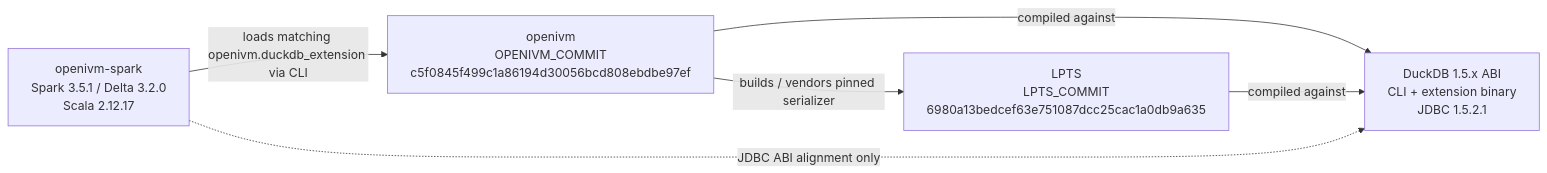
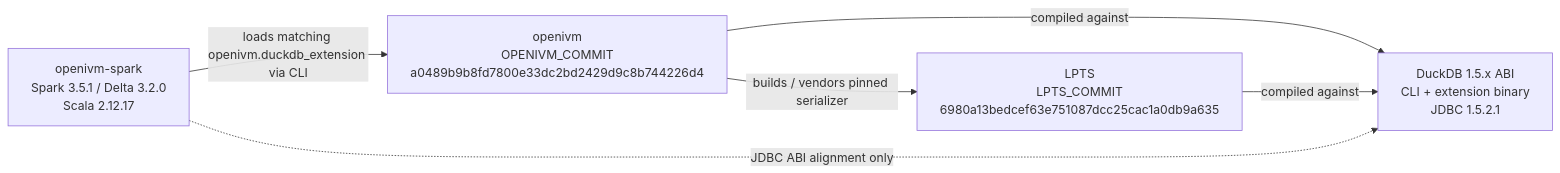
The fourth of 4 diagrams in docs/architecture/lpts/8-integration-with-openivm-and-spark.md (mdrakiburrahman/openivm-spark), drawn with Mermaid before and after one commit. The commit also changed other lines of this file and 1 other file, not shown here.

First line of the commit message:
build(openivm): pin projected window-key fix

````diff
--- a/docs/architecture/lpts/8-integration-with-openivm-and-spark.md
+++ b/docs/architecture/lpts/8-integration-with-openivm-and-spark.md
@@ -525,13 +525,13 @@
 ```mermaid
 flowchart LR
   OSS["openivm-spark\nSpark 3.5.1 / Delta 3.2.0\nScala 2.12.17"]
-  OIVM["openivm\nOPENIVM_COMMIT\nc5f0845f499c1a86194d30056bcd808ebdbe97ef"]
+  OIVM["openivm\nOPENIVM_COMMIT\na0489b9b8fd7800e33dc2bd2429d9c8b744226d4"]
   LPTS["LPTS\nLPTS_COMMIT\n6980a13bedcef63e751087dcc25cac1a0db9a635"]
   Duck["DuckDB 1.5.x ABI\nCLI + extension binary\nJDBC 1.5.2.1"]
 
   OSS -->|"loads matching openivm.duckdb_extension via CLI"| OIVM
   OIVM -->|"builds / vendors pinned serializer"| LPTS
   OIVM -->|"compiled against"| Duck
   LPTS -->|"compiled against"| Duck
   OSS -.->|"JDBC ABI alignment only"| Duck
 ```
````
